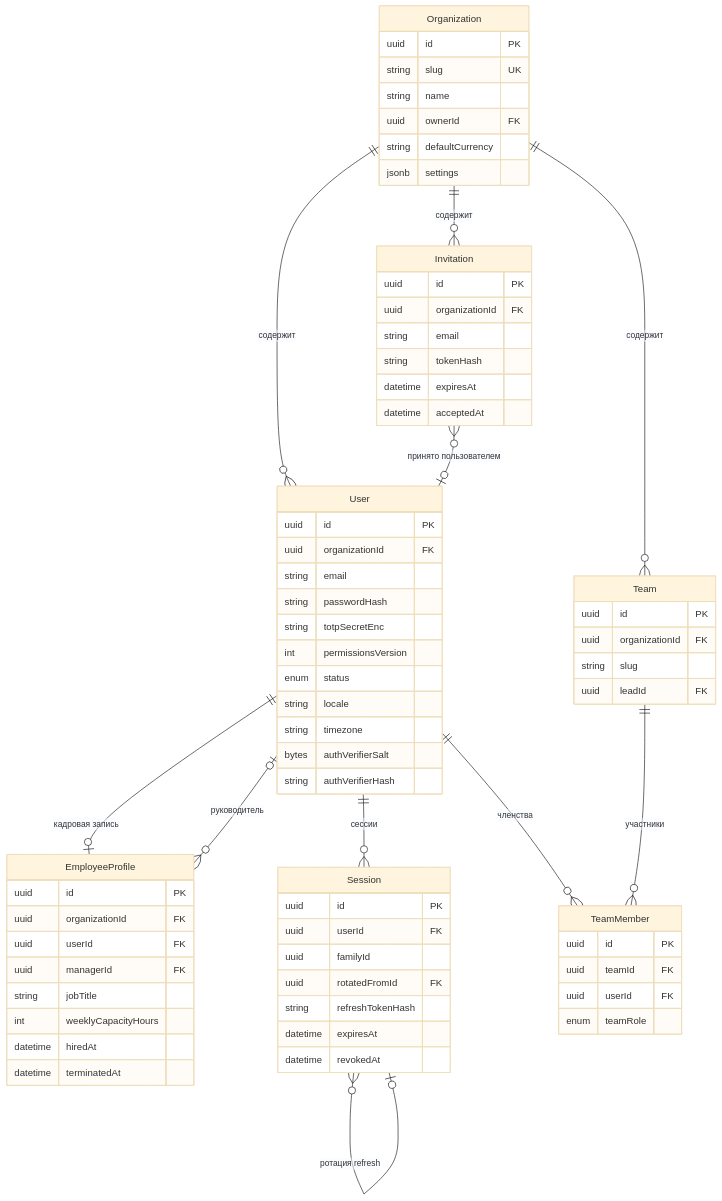
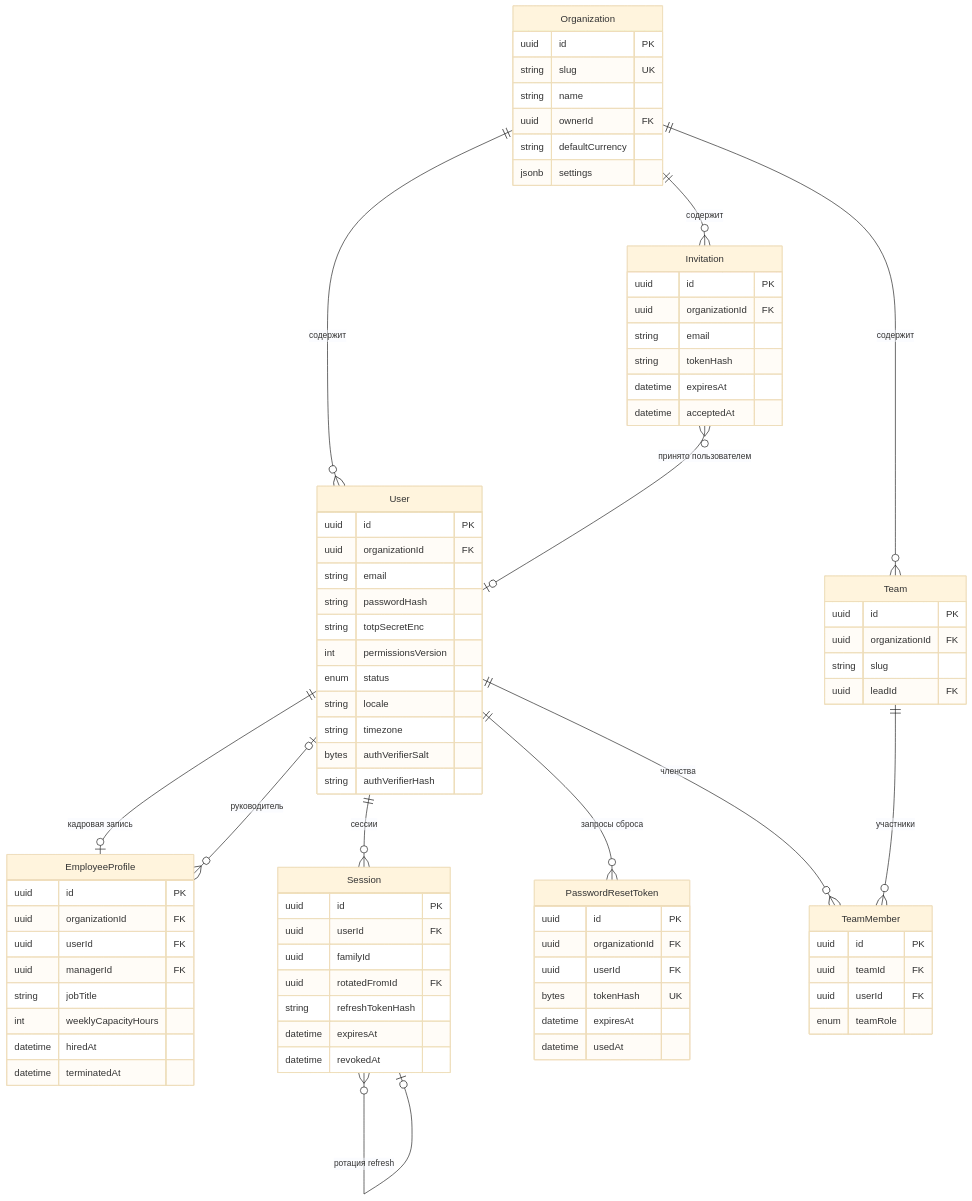
Before and after one commit to code0verdose/bad-crm: the first of 15 diagrams in docs/architecture/data-model.md, drawn with Mermaid (base theme). The commit also changed other lines of this file and 29 other files, not shown here.

First line of the commit message:
feat(auth): add the identity schema and the auth contract

```diff
--- a/docs/architecture/data-model.md
+++ b/docs/architecture/data-model.md
@@ -229,6 +251,7 @@
     Organization ||--o{ Invitation : "содержит"
     User ||--o| EmployeeProfile : "кадровая запись"
     User ||--o{ Session : "сессии"
+    User ||--o{ PasswordResetToken : "запросы сброса"
     User ||--o{ TeamMember : "членства"
     Team ||--o{ TeamMember : "участники"
     EmployeeProfile }o--o| User : "руководитель"
@@ -275,6 +298,14 @@
         datetime expiresAt
         datetime revokedAt
     }
+    PasswordResetToken {
+        uuid id PK
+        uuid organizationId FK
+        uuid userId FK
+        bytes tokenHash UK
+        datetime expiresAt
+        datetime usedAt
+    }
     Team {
         uuid id PK
         uuid organizationId FK
```
